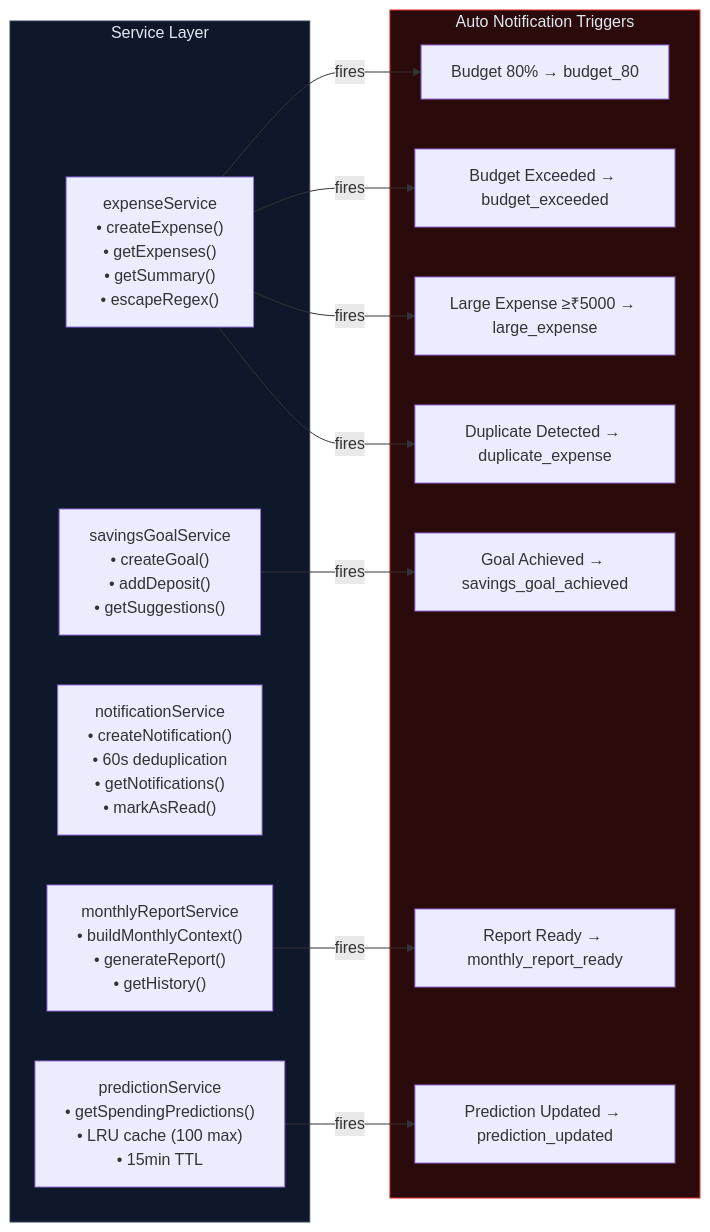
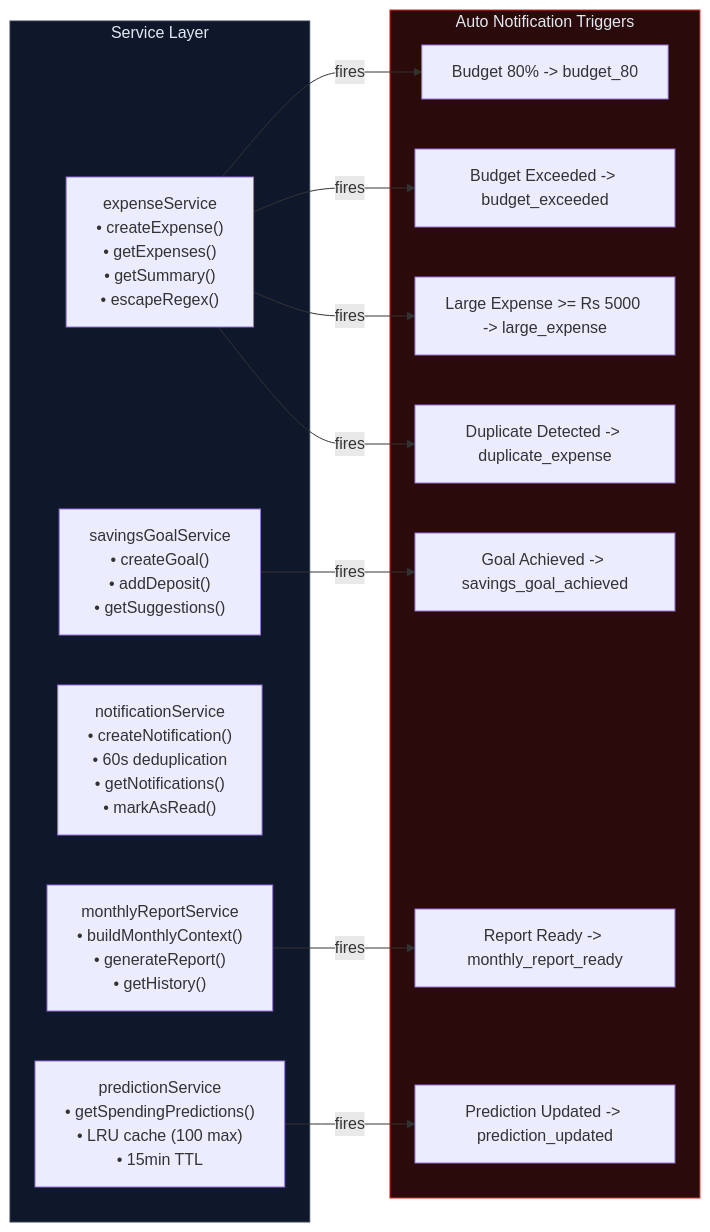
The fifth of 20 diagrams in ARCHITECTURE.md (mjjaiavinash/Multi-Agent-Personal-Finance-Companion), drawn with Mermaid before and after one commit. The commit also changed other lines of this file and 2 other files, not shown here.

Commit message:
Remove emojis from README, PRESENTATION, and ARCHITECTURE documentation

````diff
--- a/ARCHITECTURE.md
+++ b/ARCHITECTURE.md
@@ -255,31 +255,31 @@
 ```mermaid
 graph LR
     subgraph SERVICES["Service Layer"]
         ES["expenseService\n• createExpense()\n• getExpenses()\n• getSummary()\n• escapeRegex()"]
         PS["predictionService\n• getSpendingPredictions()\n• LRU cache (100 max)\n• 15min TTL"]
         NS["notificationService\n• createNotification()\n• 60s deduplication\n• getNotifications()\n• markAsRead()"]
         MRS["monthlyReportService\n• buildMonthlyContext()\n• generateReport()\n• getHistory()"]
         SGS["savingsGoalService\n• createGoal()\n• addDeposit()\n• getSuggestions()"]
     end
 
     subgraph TRIGGERS["Auto Notification Triggers"]
-        T1["Budget 80% → budget_80"]
-        T2["Budget Exceeded → budget_exceeded"]
-        T3["Large Expense ≥₹5000 → large_expense"]
-        T4["Duplicate Detected → duplicate_expense"]
-        T5["Goal Achieved → savings_goal_achieved"]
-        T6["Report Ready → monthly_report_ready"]
-        T7["Prediction Updated → prediction_updated"]
+        T1["Budget 80% -> budget_80"]
+        T2["Budget Exceeded -> budget_exceeded"]
+        T3["Large Expense >= Rs 5000 -> large_expense"]
+        T4["Duplicate Detected -> duplicate_expense"]
+        T5["Goal Achieved -> savings_goal_achieved"]
+        T6["Report Ready -> monthly_report_ready"]
+        T7["Prediction Updated -> prediction_updated"]
     end
 
     ES -->|"fires"| T1
     ES -->|"fires"| T2
     ES -->|"fires"| T3
     ES -->|"fires"| T4
     SGS -->|"fires"| T5
     MRS -->|"fires"| T6
     PS -->|"fires"| T7
 
     style SERVICES fill:#0f172a,stroke:#334155,color:#e2e8f0
     style TRIGGERS fill:#2a0a0a,stroke:#dc2626,color:#e2e8f0
 ```
````
